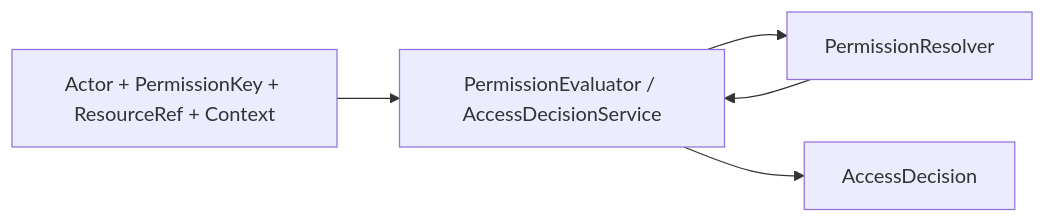
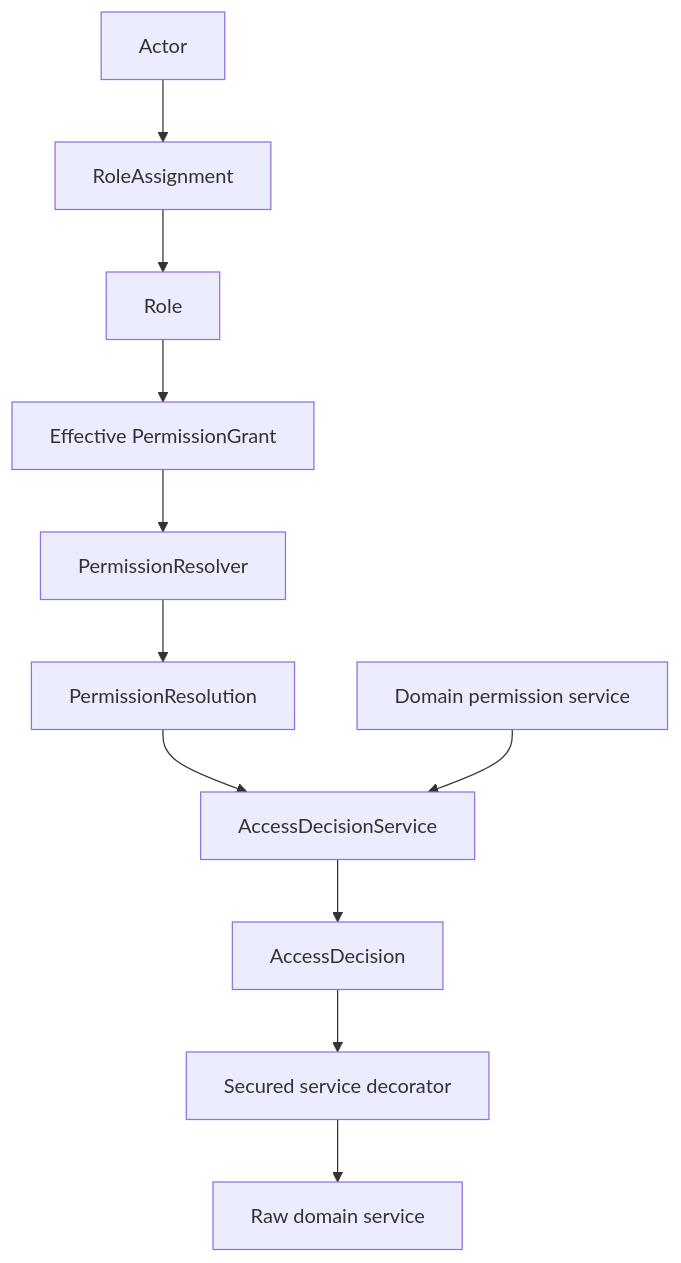
Before and after one commit to jsanca/codex: the second of 2 diagrams in docs/security/CUSTOS-MODEL.md, drawn with Mermaid. The commit also changed other lines of this file and 68 other files, not shown here.

````diff
--- a/docs/security/CUSTOS-MODEL.md
+++ b/docs/security/CUSTOS-MODEL.md
@@ -71,12 +73,25 @@
 ```mermaid
-flowchart LR
-    input["Actor + PermissionKey + ResourceRef + Context"]
-    evaluator["PermissionEvaluator / AccessDecisionService"]
+flowchart TD
+    actor["Actor"]
+    assignment["RoleAssignment"]
+    role["Role"]
+    grant["Effective PermissionGrant"]
     resolver["PermissionResolver"]
+    resolution["PermissionResolution"]
+    decisionService["AccessDecisionService"]
     decision["AccessDecision"]
+    domainPermissions["Domain permission service"]
+    securedDecorator["Secured service decorator"]
+    delegate["Raw domain service"]
 
-    input --> evaluator
-    evaluator --> resolver
-    resolver --> evaluator
-    evaluator --> decision
+    actor --> assignment
+    assignment --> role
+    role --> grant
+    grant --> resolver
+    resolver --> resolution
+    resolution --> decisionService
+    decisionService --> decision
+    domainPermissions --> decisionService
+    decision --> securedDecorator
+    securedDecorator --> delegate
 ```
````
